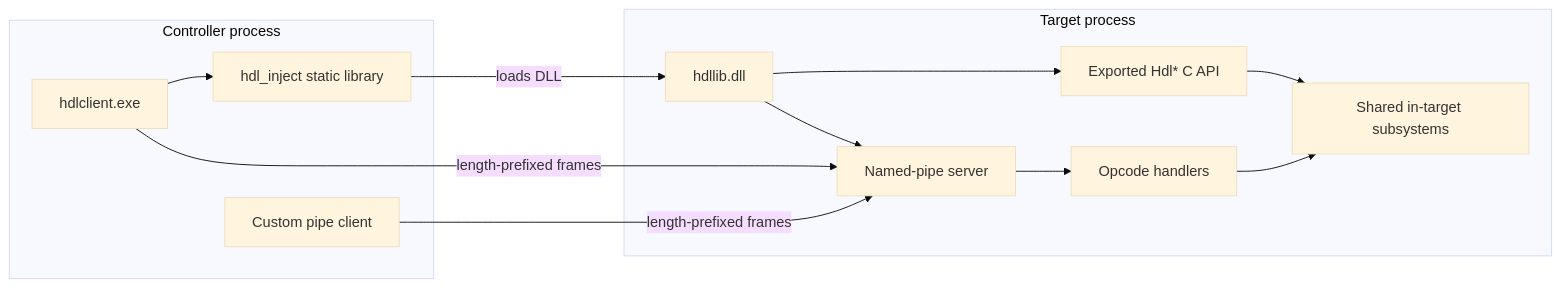
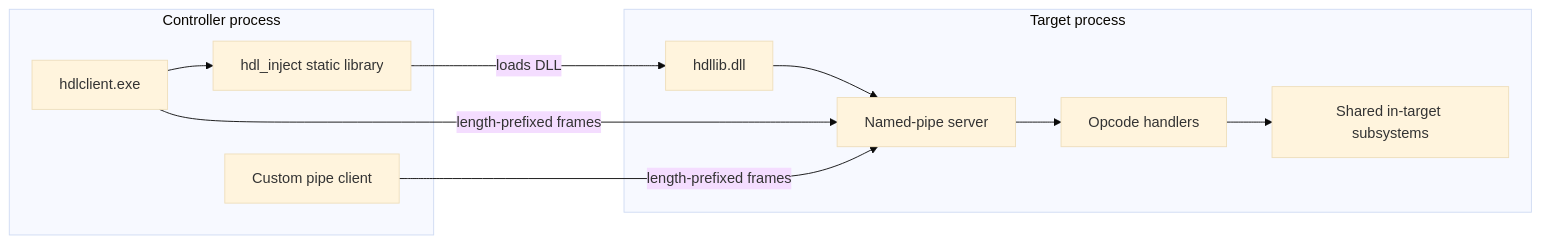
Before and after one commit to random-things/hdllib-ng: the diagram in docs/README.md, drawn with Mermaid (base theme). The commit also changed other lines of this file and 26 other files, not shown here.

````diff
--- a/docs/README.md
+++ b/docs/README.md
@@ -32,26 +32,23 @@
 ```mermaid
 flowchart LR
     subgraph Controller["Controller process"]
         Client["hdlclient.exe"]
         Custom["Custom pipe client"]
         Injector["hdl_inject static library"]
         Client --> Injector
     end
 
     subgraph Target["Target process"]
         DLL["hdllib.dll"]
-        CAPI["Exported Hdl* C API"]
         IPC["Named-pipe server"]
         Handlers["Opcode handlers"]
         Core["Shared in-target subsystems"]
-        DLL --> CAPI
         DLL --> IPC
         IPC --> Handlers
-        CAPI --> Core
         Handlers --> Core
     end
 
     Injector -- "loads DLL" --> DLL
     Client -- "length-prefixed frames" --> IPC
     Custom -- "length-prefixed frames" --> IPC
 ```
````
